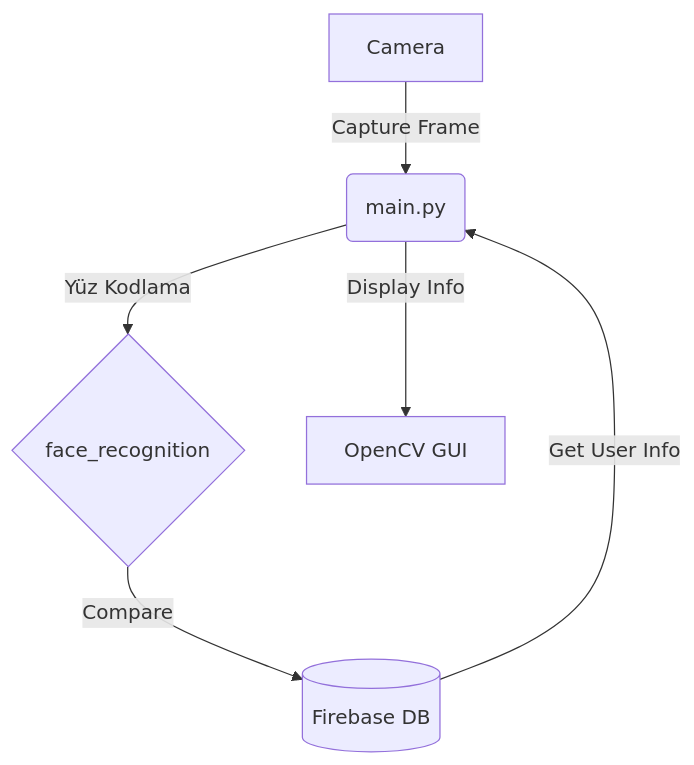
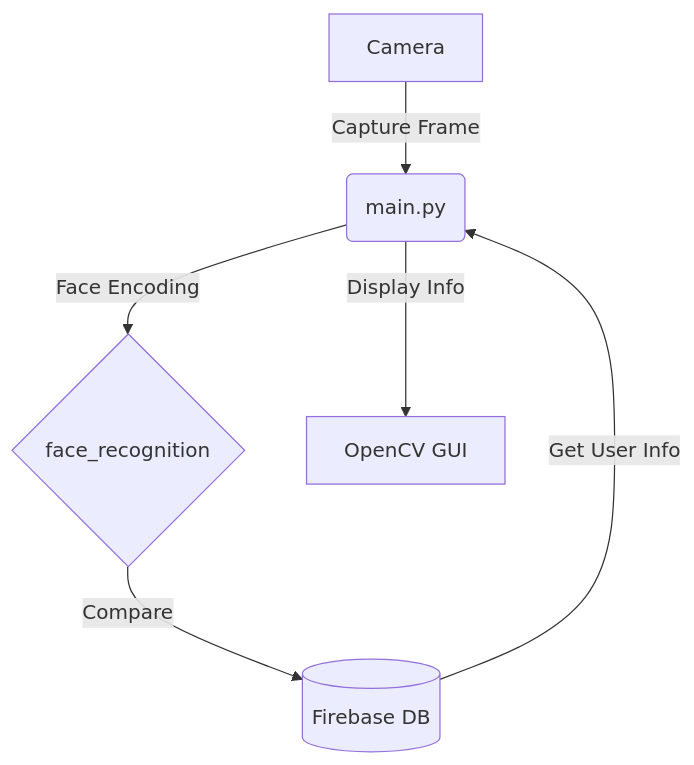
One commit to uzeyirask/Real-Time-Smart-Security-Access-Control-System changed the diagram in README.md. Above: the diagram before and after it, drawn with Mermaid.

Commit message:
Update README.md
Simple translation error fixed

````diff
--- a/README.md
+++ b/README.md
@@ -39,8 +39,8 @@
 ```mermaid
 flowchart TD
     A[Camera] -->|Capture Frame| B(main.py)
-    B -->|Yüz Kodlama| C{face_recognition}
+    B -->|Face Encoding| C{face_recognition}
     C -->|Compare| D[(Firebase DB)]
     D -->|Get User Info| B
     B -->|Display Info| E[OpenCV GUI]
 ```
````
